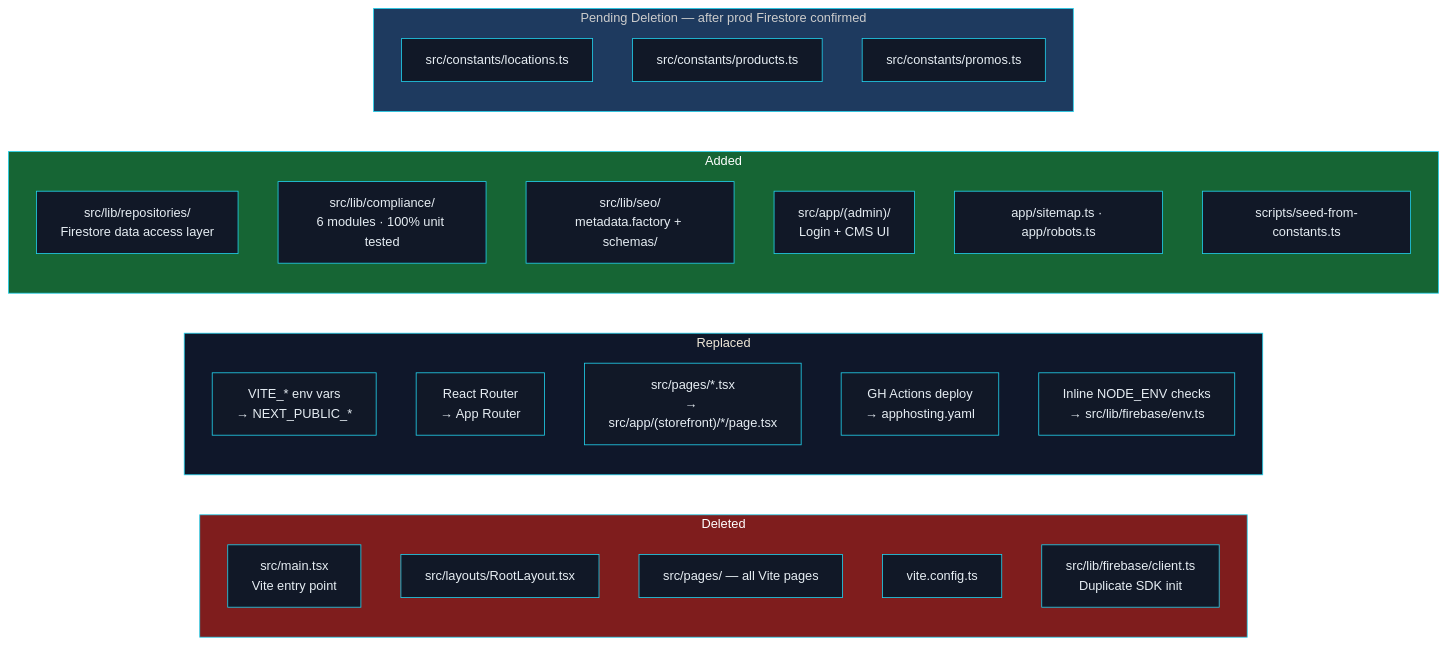
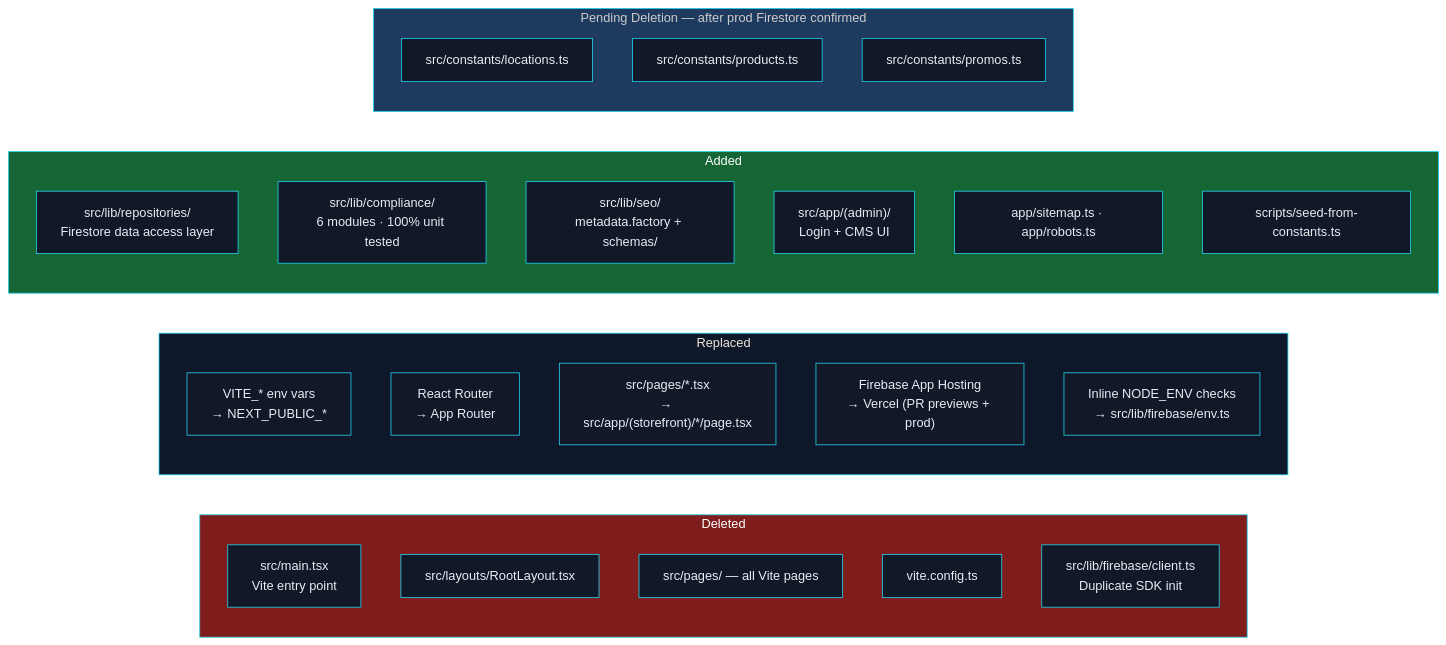
Before and after one commit to brewski-beers/rush-n-relax: the fifth of 5 diagrams in docs/engineering/architecture.md, drawn with Mermaid. The commit also changed other lines of this file and 47 other files, not shown here.

````diff
--- a/docs/engineering/architecture.md
+++ b/docs/engineering/architecture.md
@@ -241,44 +241,44 @@
 ```mermaid
 %%{init: {'theme': 'base', 'themeVariables': {'background': '#0b0f17', 'primaryColor': '#111827', 'primaryTextColor': '#e6edf3', 'primaryBorderColor': '#22d3ee', 'lineColor': '#94a3b8', 'secondaryColor': '#0f172a', 'tertiaryColor': '#111827', 'clusterBkg': '#0f172a', 'clusterBorder': '#22d3ee', 'fontFamily': 'Avenir Next, Avenir, Segoe UI, sans-serif'}}}%%
 
 flowchart LR
 
     subgraph DEL["Deleted"]
         D1["src/main.tsx\nVite entry point"]
         D2["src/layouts/RootLayout.tsx"]
         D3["src/pages/ — all Vite pages"]
         D4["vite.config.ts"]
         D5["src/lib/firebase/client.ts\nDuplicate SDK init"]
     end
 
     subgraph REP["Replaced"]
         R1["VITE_* env vars\n→ NEXT_PUBLIC_*"]
         R2["React Router\n→ App Router"]
         R3["src/pages/*.tsx\n→ src/app/(storefront)/*/page.tsx"]
-        R4["GH Actions deploy\n→ apphosting.yaml"]
+        R4["Firebase App Hosting\n→ Vercel (PR previews + prod)"]
         R5["Inline NODE_ENV checks\n→ src/lib/firebase/env.ts"]
     end
 
     subgraph ADD["Added"]
         A1["src/lib/repositories/\nFirestore data access layer"]
         A2["src/lib/compliance/\n6 modules · 100% unit tested"]
         A3["src/lib/seo/\nmetadata.factory + schemas/"]
         A4["src/app/(admin)/\nLogin + CMS UI"]
         A5["app/sitemap.ts · app/robots.ts"]
         A6["scripts/seed-from-constants.ts"]
     end
 
     subgraph GATE["Pending Deletion — after prod Firestore confirmed"]
         G1["src/constants/locations.ts"]
         G2["src/constants/products.ts"]
         G3["src/constants/promos.ts"]
     end
 
     classDef warn fill:#7f1d1d,color:#fff;
     classDef complete fill:#166534,color:#fff;
     classDef pending fill:#1e3a5f,color:#ccc;
 
     class DEL warn;
     class ADD complete;
     class GATE pending;
 ```
````
